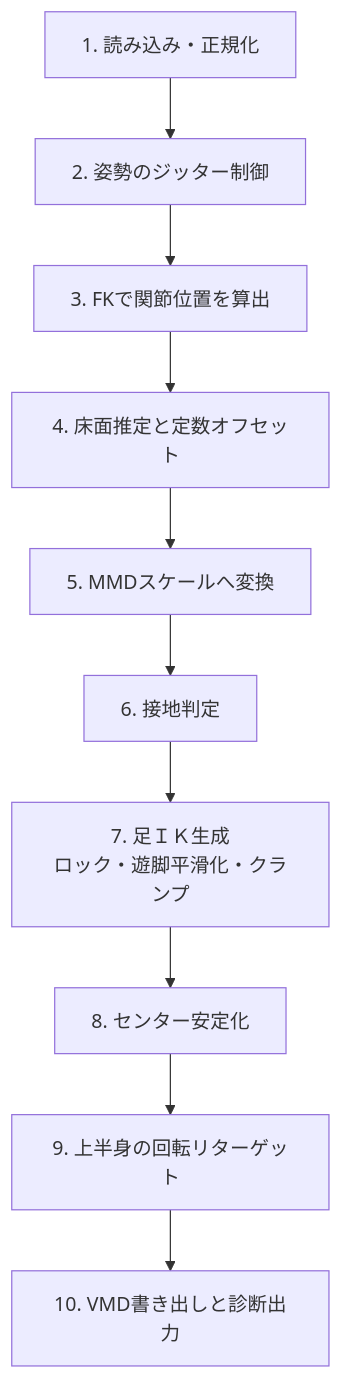
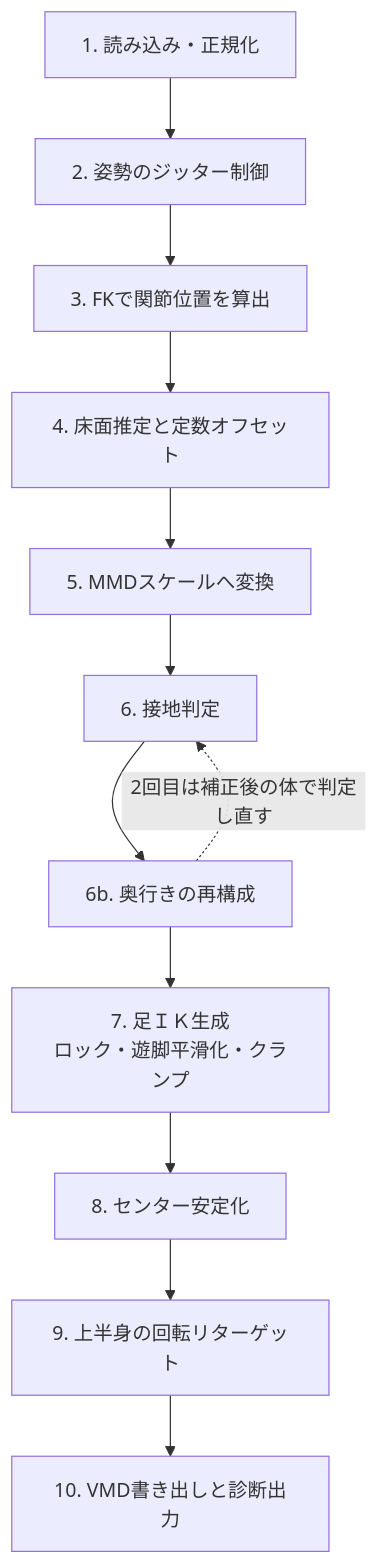
The diagram in vmd.md (yamak493/nlf), drawn with Mermaid before and after one commit. The commit also changed other lines of this file and 9 other files, not shown here.

````diff
--- a/vmd.md
+++ b/vmd.md
@@ -7,12 +7,14 @@
 ```mermaid
 flowchart TD
   A[1. 読み込み・正規化] --> B[2. 姿勢のジッター制御]
   B --> C[3. FKで関節位置を算出]
   C --> D[4. 床面推定と定数オフセット]
   D --> E[5. MMDスケールへ変換]
   E --> F[6. 接地判定]
-  F --> G[7. 足ＩＫ生成<br/>ロック・遊脚平滑化・クランプ]
+  F --> F2[6b. 奥行きの再構成]
+  F2 -. 2回目は補正後の体で判定し直す .-> F
+  F2 --> G[7. 足ＩＫ生成<br/>ロック・遊脚平滑化・クランプ]
   G --> H[8. センター安定化]
   H --> I[9. 上半身の回転リターゲット]
   I --> J[10. VMD書き出しと診断出力]
 ```
````
